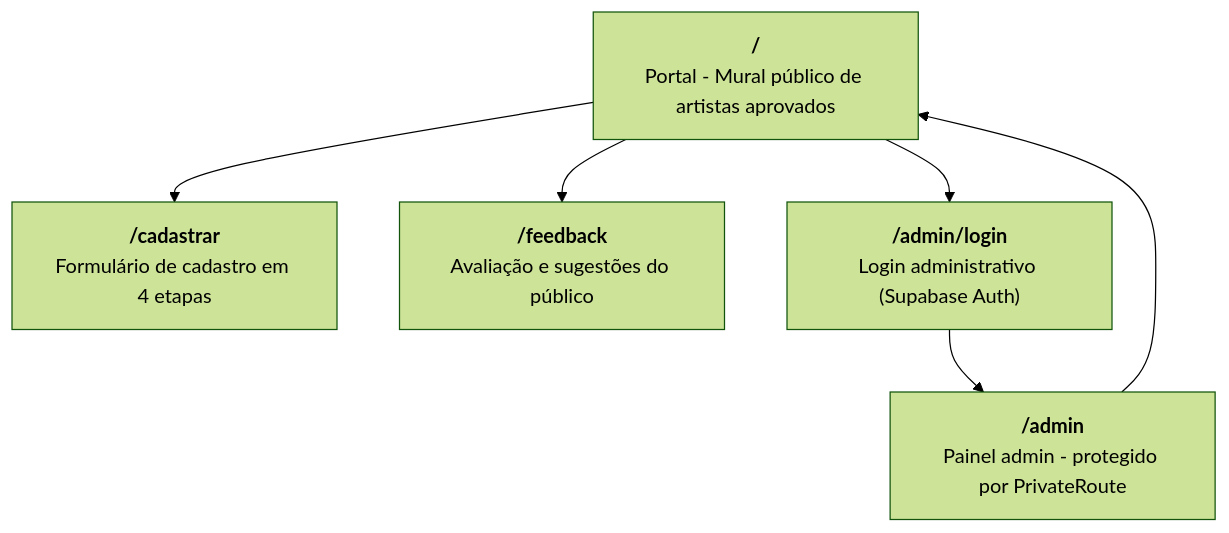
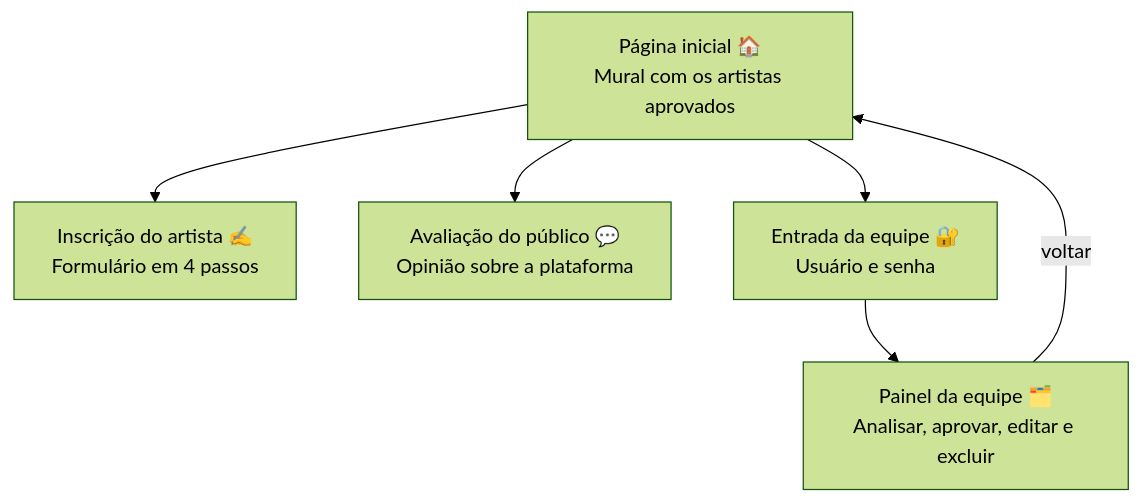
Before and after one commit to heduardowitkoski/cadastroDeArtistas: the eighth of 8 diagrams in DIAGRAMAS_MERMAID.md, drawn with Mermaid (forest theme). The commit also changed other lines of this file and 1 other file, not shown here.

Commit message:
docs: tornar diagramas mais ilustrativos e com linguagem acessivel

````diff
--- a/DIAGRAMAS_MERMAID.md
+++ b/DIAGRAMAS_MERMAID.md
@@ -287,14 +213,14 @@
 ```mermaid
 flowchart TD
-    ROTA1["<b>/</b><br/>Portal - Mural público de artistas aprovados"]
-    ROTA2["<b>/cadastrar</b><br/>Formulário de cadastro em 4 etapas"]
-    ROTA3["<b>/feedback</b><br/>Avaliação e sugestões do público"]
-    ROTA4["<b>/admin/login</b><br/>Login administrativo (Supabase Auth)"]
-    ROTA5["<b>/admin</b><br/>Painel admin - protegido por PrivateRoute"]
+    INICIO["Página inicial 🏠<br/>Mural com os artistas aprovados"]
+    CADASTRO["Inscrição do artista ✍️<br/>Formulário em 4 passos"]
+    FEEDBACK["Avaliação do público 💬<br/>Opinião sobre a plataforma"]
+    LOGIN["Entrada da equipe 🔐<br/>Usuário e senha"]
+    PAINEL["Painel da equipe 🗂️<br/>Analisar, aprovar, editar e excluir"]
 
-    ROTA1 --> ROTA2
-    ROTA1 --> ROTA3
-    ROTA1 --> ROTA4
-    ROTA4 --> ROTA5
-    ROTA5 --> ROTA1
+    INICIO --> CADASTRO
+    INICIO --> FEEDBACK
+    INICIO --> LOGIN
+    LOGIN --> PAINEL
+    PAINEL -->|"voltar"| INICIO
 ```
````
